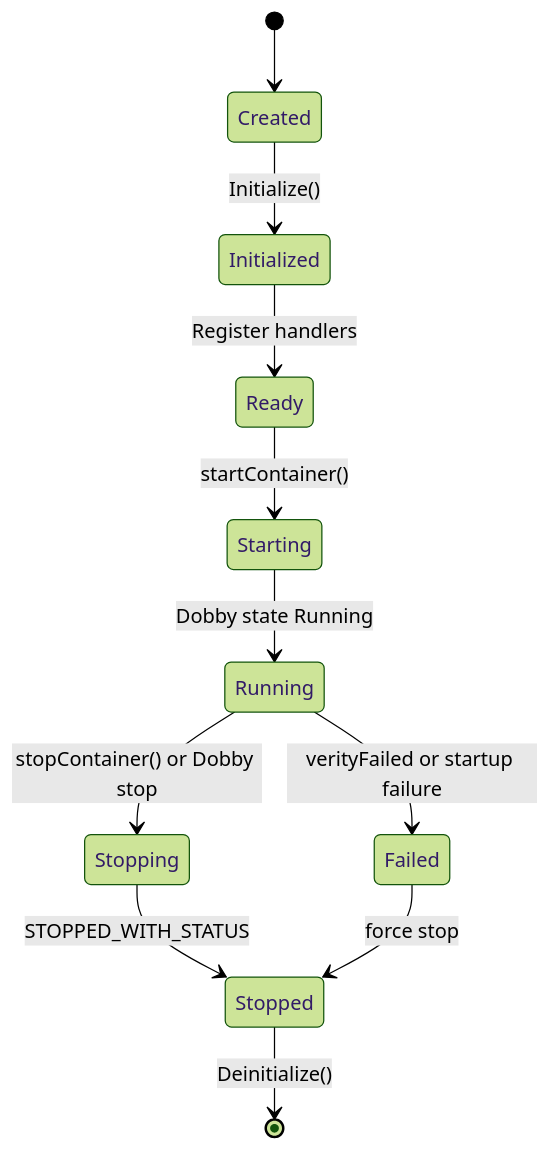
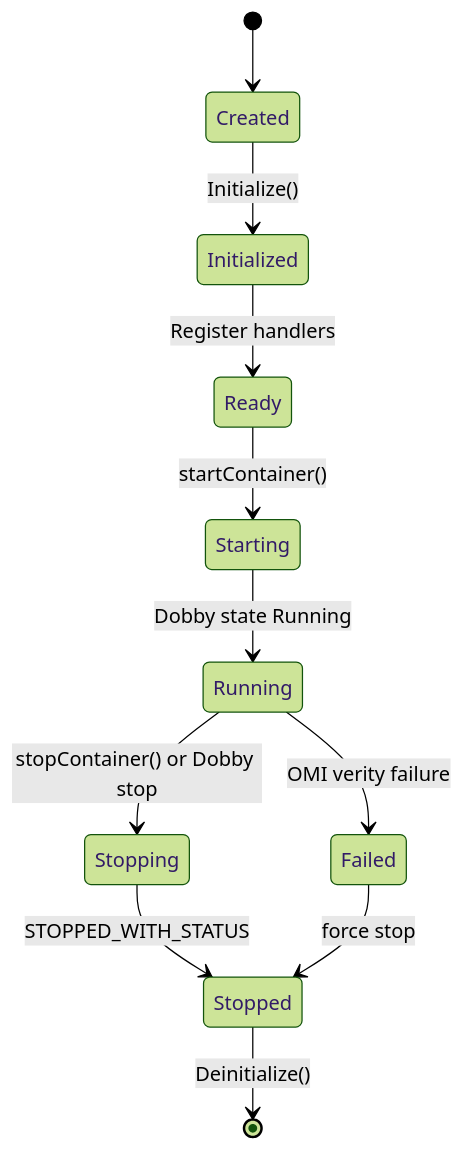
Before and after one commit to rdkcentral/entservices-ocicontainer: the third of 4 diagrams in docs/plugin-OCIContainer.md, drawn with Mermaid (forest theme).

Commit message:
Potential fix for pull request finding 'Startup failure does not trigger a container-failed event'

````diff
--- a/docs/plugin-OCIContainer.md
+++ b/docs/plugin-OCIContainer.md
@@ -372,13 +372,13 @@
 ```mermaid
 stateDiagram-v2
     [*] --> Created
     Created --> Initialized: Initialize()
     Initialized --> Ready: Register handlers
     Ready --> Starting: startContainer()
     Starting --> Running: Dobby state Running
     Running --> Stopping: stopContainer() or Dobby stop
     Stopping --> Stopped: STOPPED_WITH_STATUS
-    Running --> Failed: verityFailed or startup failure
+    Running --> Failed: OMI verity failure
     Failed --> Stopped: force stop
     Stopped --> [*]: Deinitialize()
 ```
````
